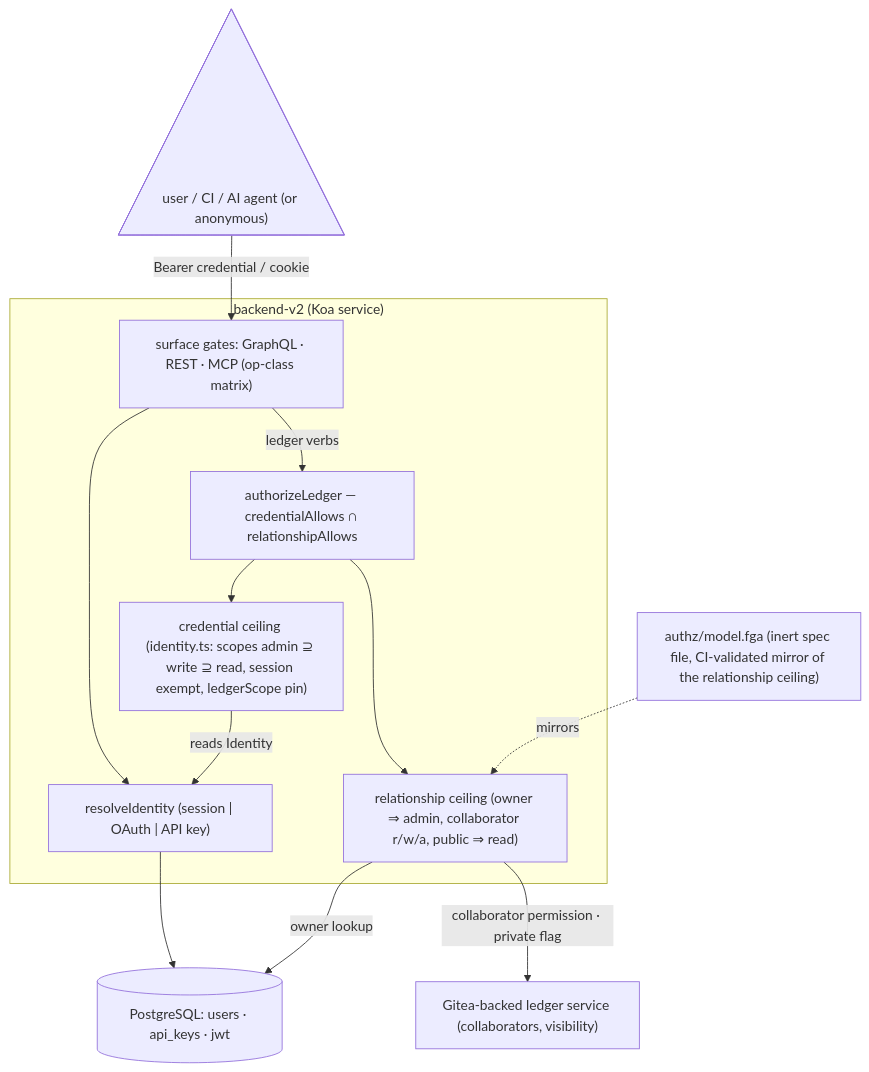
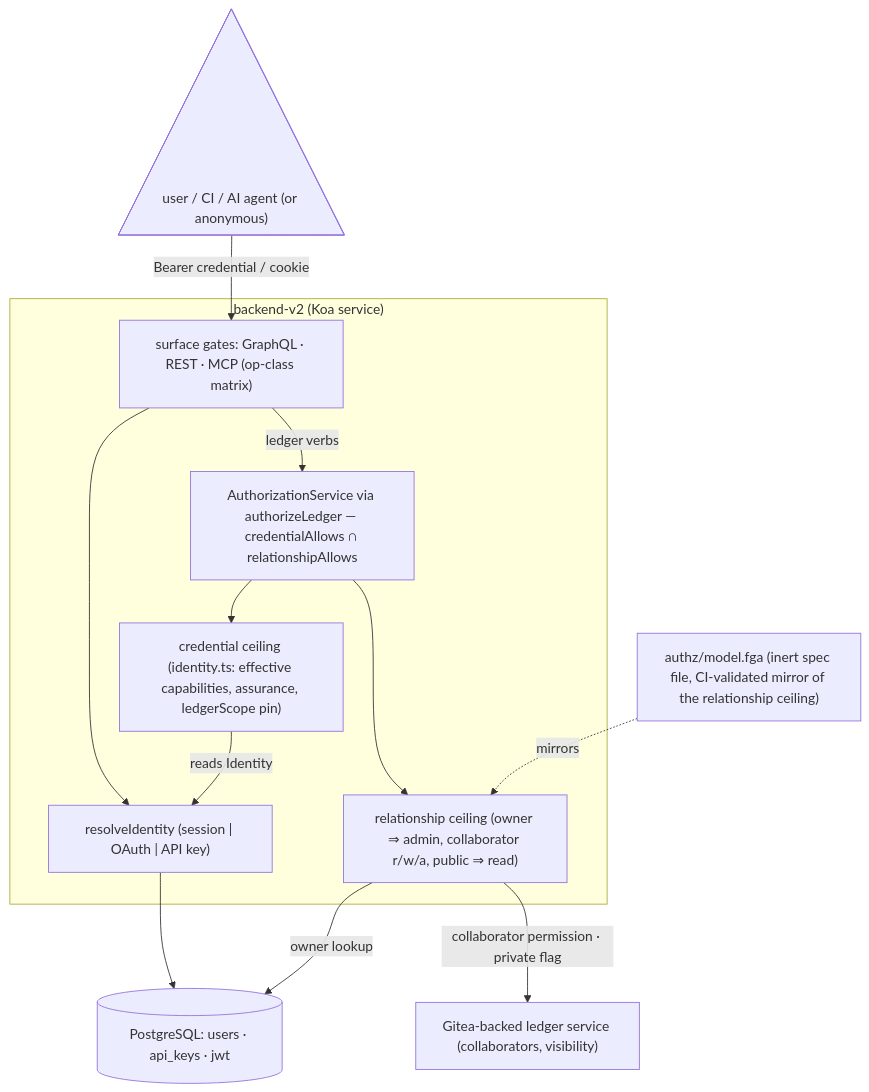
Before and after one commit to bex-co/beancount-io: the diagram in docs/adrs/ADR010-backend-v2-authz-model.md, drawn with Mermaid. The commit also changed other lines of this file and 86 other files, not shown here.

````diff
--- a/docs/adrs/ADR010-backend-v2-authz-model.md
+++ b/docs/adrs/ADR010-backend-v2-authz-model.md
@@ -15,27 +15,27 @@
 ```mermaid
 flowchart TB
   caller@{ shape: tri, label: "user / CI / AI agent (or anonymous)" }
 
   subgraph bv2["backend-v2 (Koa service)"]
     gates["surface gates: GraphQL · REST · MCP (op-class matrix)"]
     resolve["resolveIdentity (session | OAuth | API key)"]
-    seam["authorizeLedger — credentialAllows ∩ relationshipAllows"]
-    cap["credential ceiling (identity.ts: scopes admin ⊇ write ⊇ read, session exempt, ledgerScope pin)"]
+    seam["AuthorizationService via authorizeLedger — credentialAllows ∩ relationshipAllows"]
+    cap["credential ceiling (identity.ts: effective capabilities, assurance, ledgerScope pin)"]
     relc["relationship ceiling (owner ⇒ admin, collaborator r/w/a, public ⇒ read)"]
   end
 
   fga["authz/model.fga (inert spec file, CI-validated mirror of the relationship ceiling)"]
   pg[("PostgreSQL: users · api_keys · jwt")]
   gitea["Gitea-backed ledger service (collaborators, visibility)"]
 
   caller -->|"Bearer credential / cookie"| gates
   gates --> resolve
   gates -->|"ledger verbs"| seam
   resolve --> pg
   seam --> cap
   seam --> relc
   cap -->|"reads Identity"| resolve
   relc -->|"owner lookup"| pg
   relc -->|"collaborator permission · private flag"| gitea
   fga -.->|"mirrors"| relc
 ```
````
